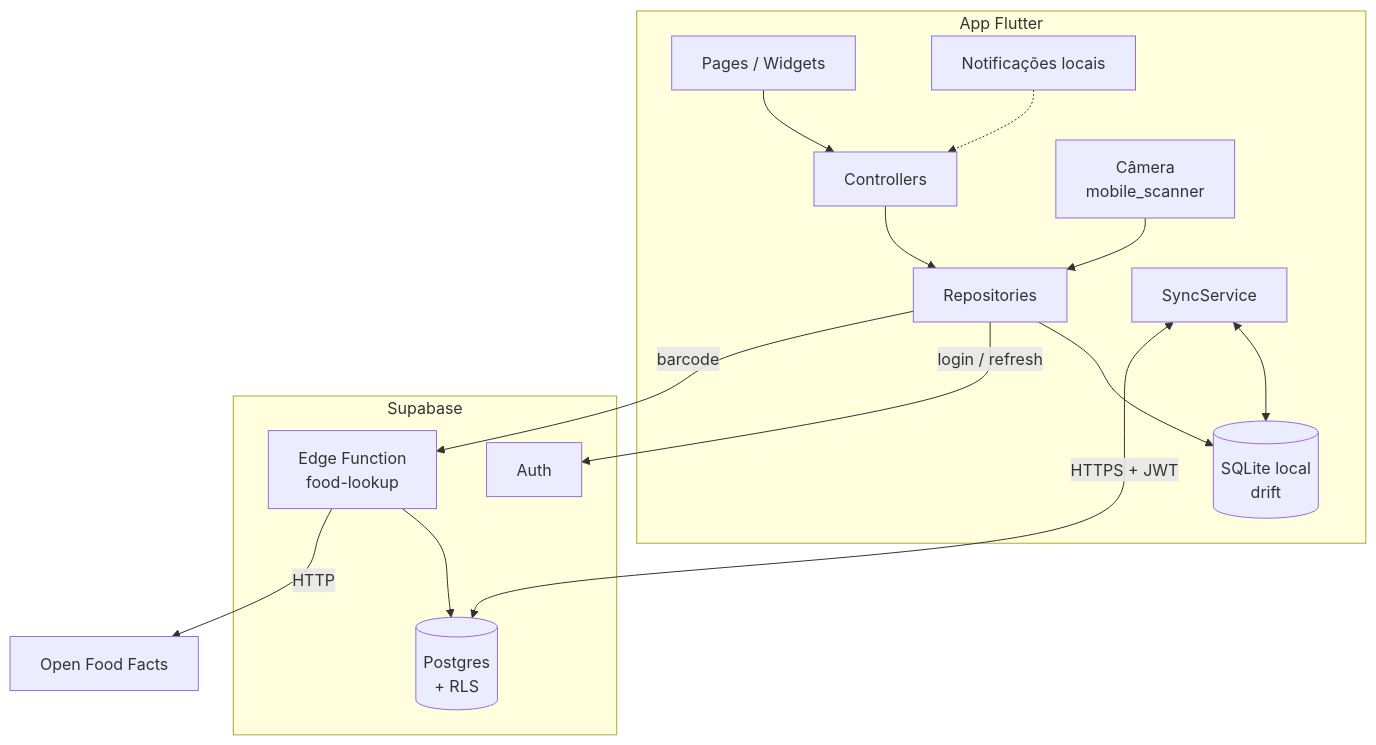
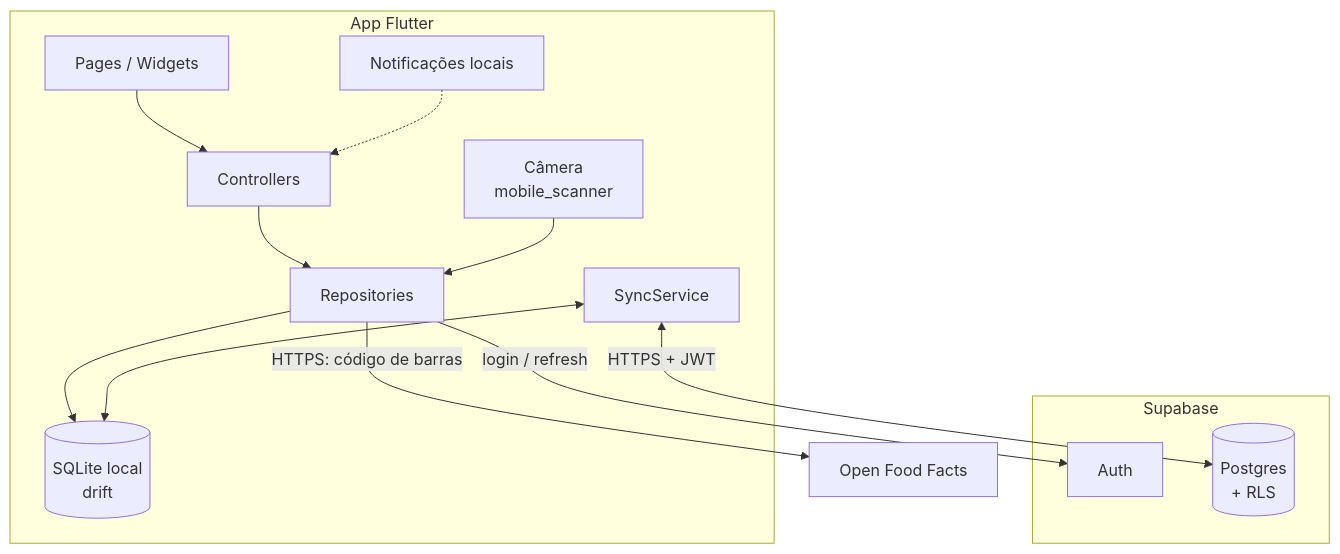
Before and after one commit to Gabrielvsiqueira/Oz_food_diary: the first of 4 diagrams in docs/arquitetura.md, drawn with Mermaid. The commit also changed other lines of this file and 1 other file, not shown here.

Commit message:
docs: document barcode scanning with Open Food Facts

````diff
--- a/docs/arquitetura.md
+++ b/docs/arquitetura.md
@@ -43,25 +43,22 @@
 ```mermaid
 flowchart TB
     subgraph App[App Flutter]
         UI[Pages / Widgets] --> C[Controllers]
         C --> R[Repositories]
         R --> DB[(SQLite local<br/>drift)]
         S[SyncService] <--> DB
         CAM[Câmera<br/>mobile_scanner] --> R
         N[Notificações locais] -.-> C
     end
 
     subgraph Supabase
         AUTH[Auth]
         PG[(Postgres<br/>+ RLS)]
-        EF[Edge Function<br/>food-lookup]
     end
 
     OFF[Open Food Facts]
 
     S <-->|HTTPS + JWT| PG
     R -->|login / refresh| AUTH
-    R -->|barcode| EF
-    EF --> PG
-    EF -->|HTTP| OFF
+    R -->|HTTPS: código de barras| OFF
 ```
````
